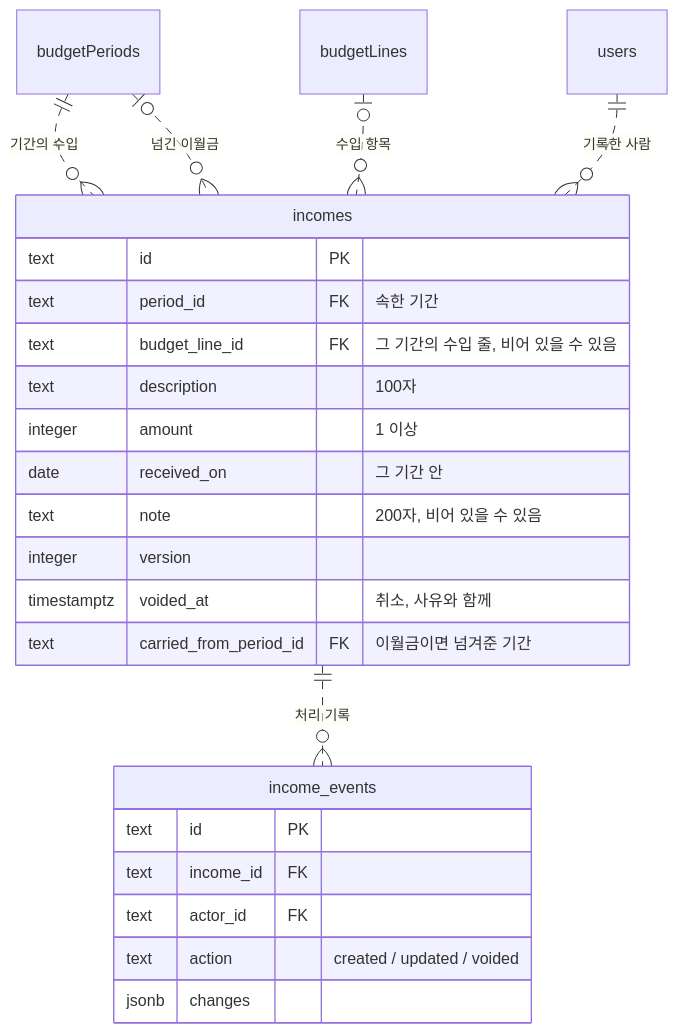
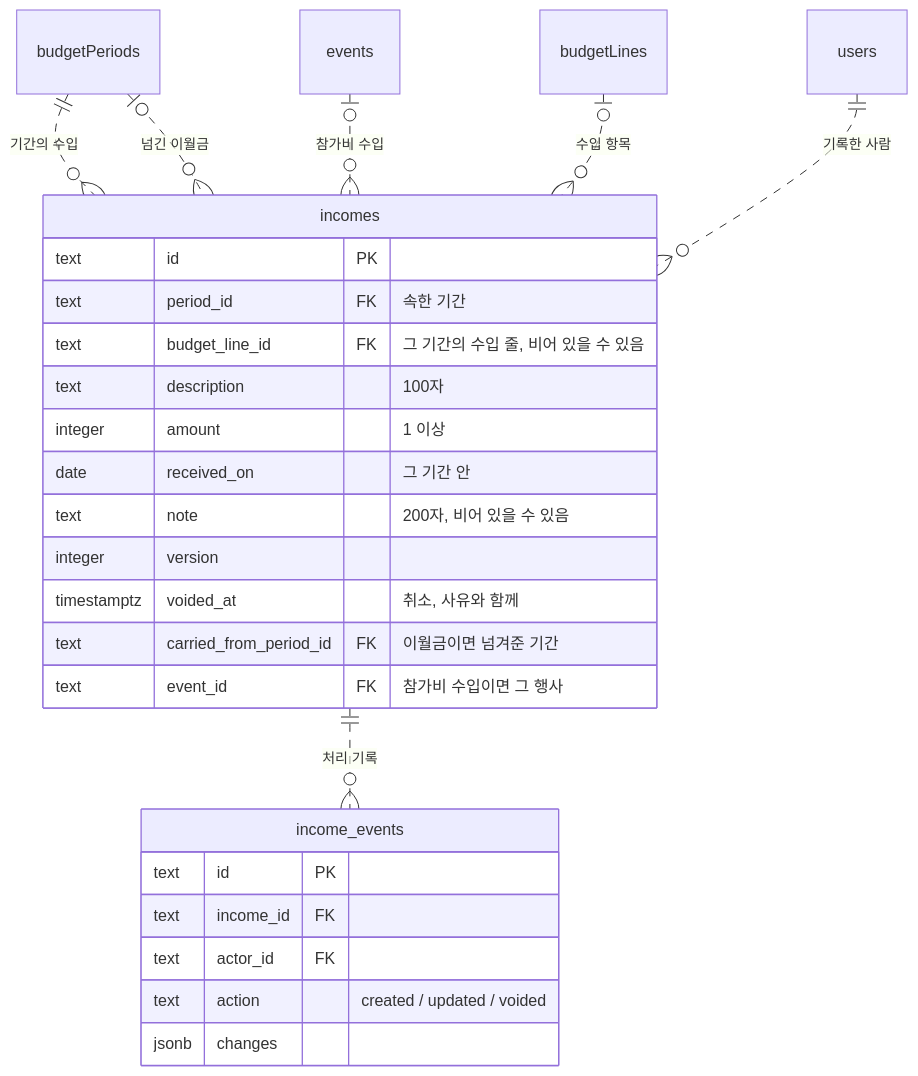
One commit to vada-hq/vada changed the sixth of 9 diagrams in docs/ERD.md. Above: the diagram before and after it, drawn with Mermaid. The commit also changed other lines of this file and 1 other file, not shown here.

Commit message:
참가비 수입을 문서에 반영

````diff
--- a/docs/ERD.md
+++ b/docs/ERD.md
@@ -363,28 +363,30 @@
 ```mermaid
 erDiagram
     budgetPeriods ||..o{ incomes : "기간의 수입"
     budgetPeriods |o..o{ incomes : "넘긴 이월금"
+    events |o..o{ incomes : "참가비 수입"
     budgetLines |o..o{ incomes : "수입 항목"
     incomes ||..o{ incomeEvents : "처리 기록"
     users ||..o{ incomes : "기록한 사람"
 
     incomes["incomes"] {
         text id PK
         text period_id FK "속한 기간"
         text budget_line_id FK "그 기간의 수입 줄, 비어 있을 수 있음"
         text description "100자"
         integer amount "1 이상"
         date received_on "그 기간 안"
         text note "200자, 비어 있을 수 있음"
         integer version
         timestamptz voided_at "취소, 사유와 함께"
         text carried_from_period_id FK "이월금이면 넘겨준 기간"
+        text event_id FK "참가비 수입이면 그 행사"
     }
     incomeEvents["income_events"] {
         text id PK
         text income_id FK
         text actor_id FK
         text action "created / updated / voided"
         jsonb changes
     }
 ```
````
